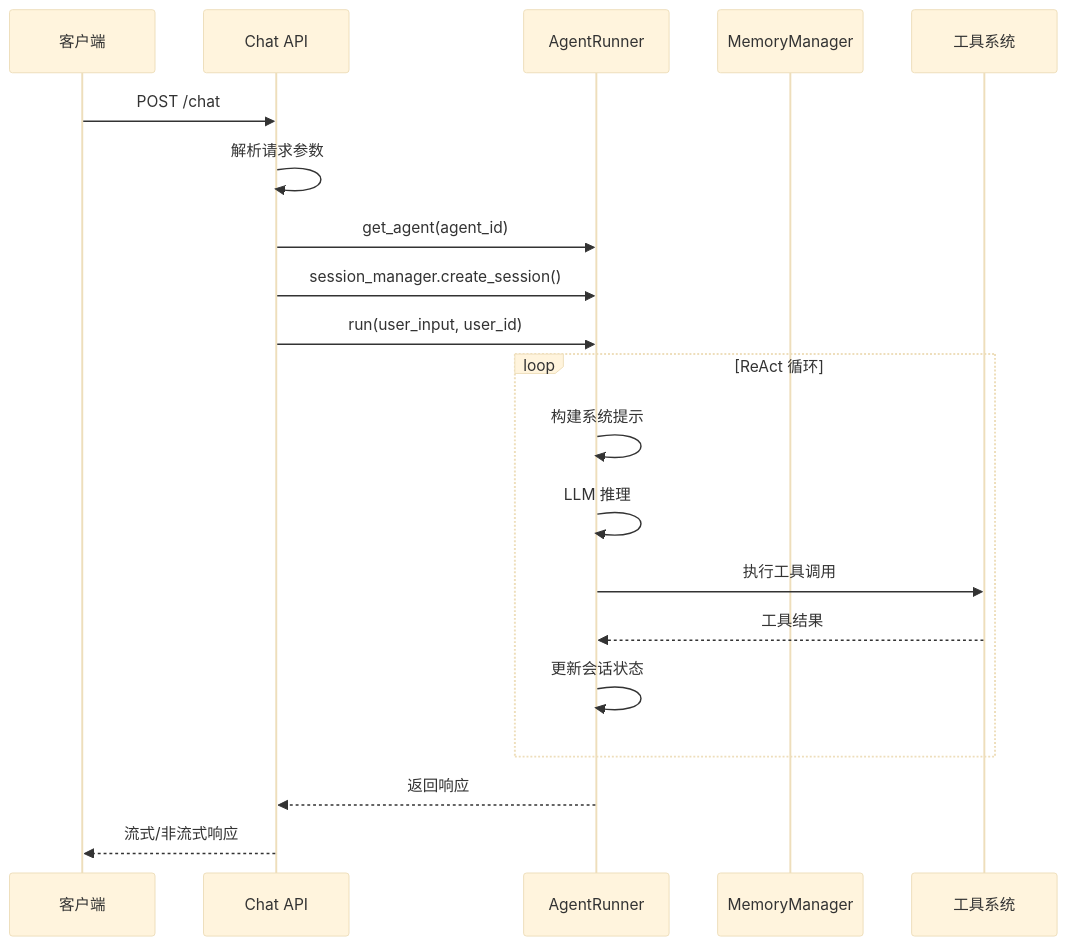
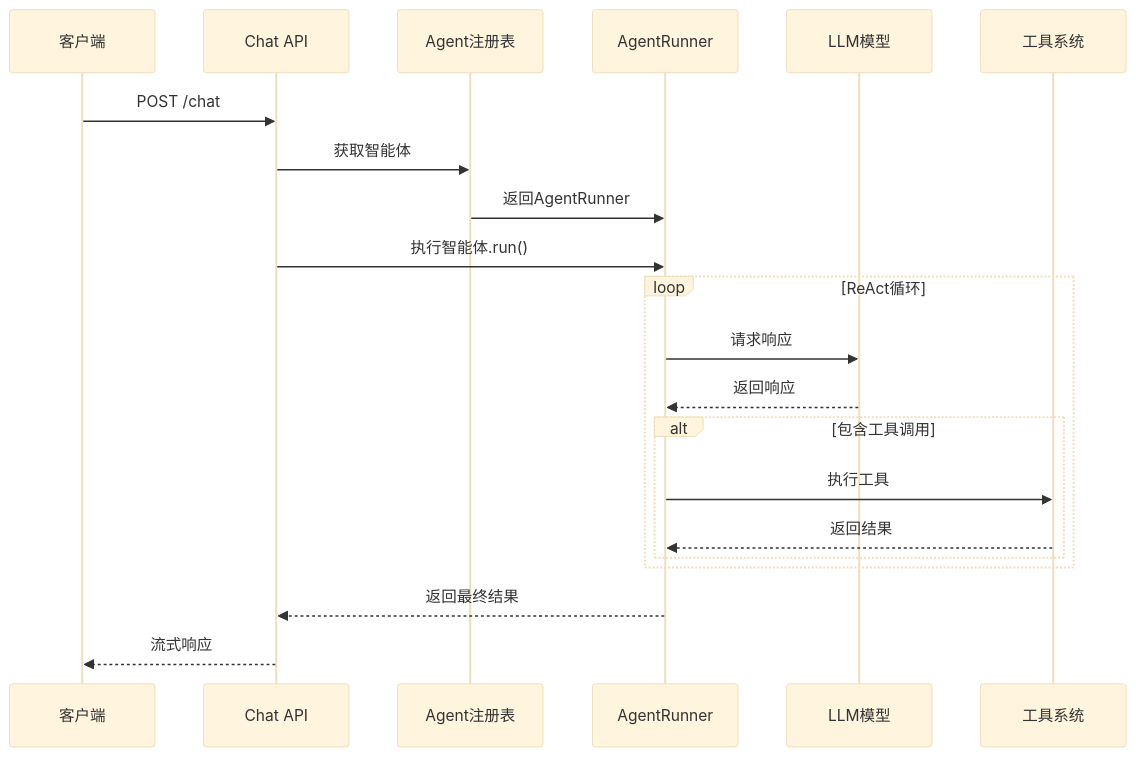
One commit to YU-JI-KUI/ark-agentic changed the second of 6 diagrams in repowiki/zh/content/核心框架/智能体工厂系统.md. Above: the diagram before and after it, drawn with Mermaid (base theme). The commit also changed other lines of this file and 5 other files, not shown here.

````diff
--- a/repowiki/zh/content/核心框架/智能体工厂系统.md
+++ b/repowiki/zh/content/核心框架/智能体工厂系统.md
@@ -148,22 +129,23 @@
 ```mermaid
 sequenceDiagram
 participant Client as 客户端
 participant API as Chat API
-participant Agent as AgentRunner
-participant Memory as MemoryManager
+participant Registry as Agent注册表
+participant Runner as AgentRunner
+participant LLM as LLM模型
 participant Tools as 工具系统
 Client->>API : POST /chat
-API->>API : 解析请求参数
-API->>Agent : get_agent(agent_id)
-API->>Agent : session_manager.create_session()
-API->>Agent : run(user_input, user_id)
-loop ReAct 循环
-Agent->>Agent : 构建系统提示
-Agent->>Agent : LLM 推理
-Agent->>Tools : 执行工具调用
-Tools-->>Agent : 工具结果
-Agent->>Agent : 更新会话状态
+API->>Registry : 获取智能体
+Registry->>Runner : 返回AgentRunner
+API->>Runner : 执行智能体.run()
+loop ReAct循环
+Runner->>LLM : 请求响应
+LLM-->>Runner : 返回响应
+alt 包含工具调用
+Runner->>Tools : 执行工具
+Tools-->>Runner : 返回结果
 end
-Agent-->>API : 返回响应
-API-->>Client : 流式/非流式响应
+end
+Runner-->>API : 返回最终结果
+API-->>Client : 流式响应
 ```
````
